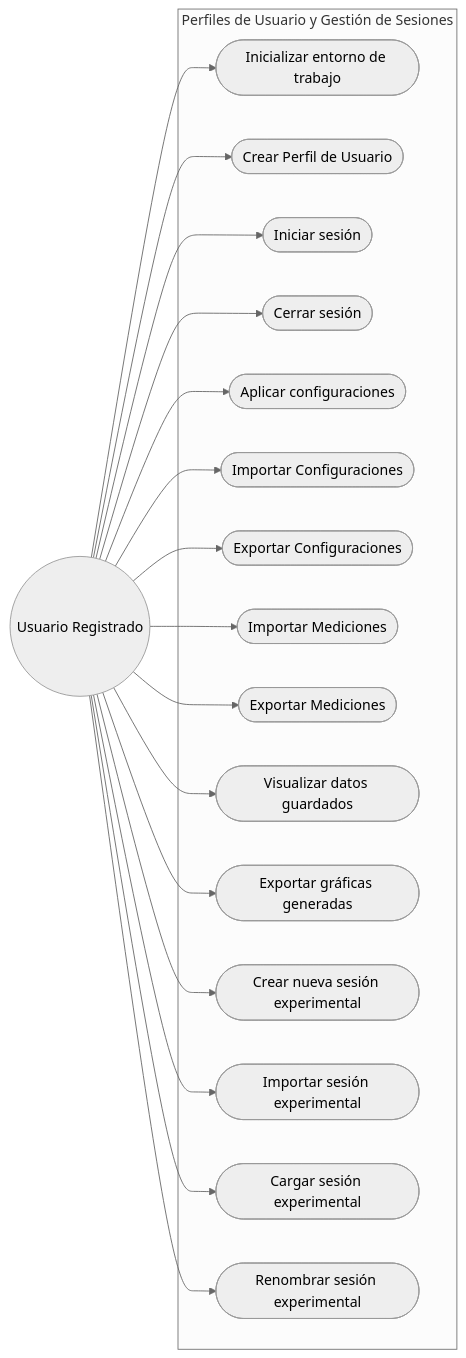
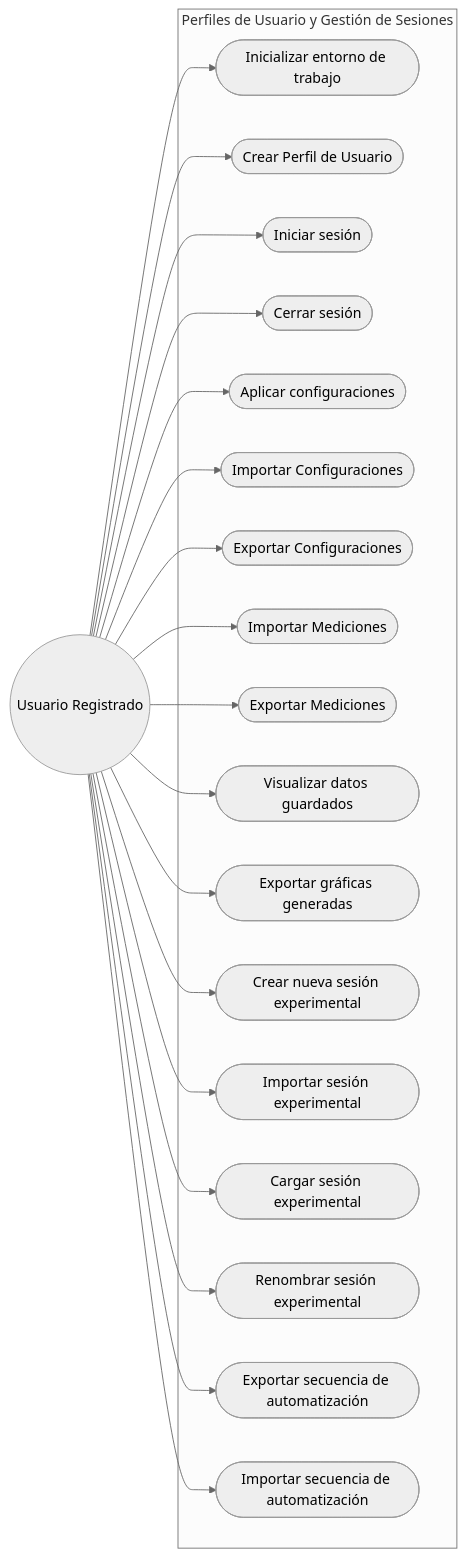
One commit to alegrelias/Repo-GMini changed the fourth of 7 diagrams in Gmini-MarkDown/Diagramas/Diagramas de CU.md. Above: the diagram before and after it, drawn with Mermaid (neutral theme).

Commit message:
Se movio lo mismo en el diagrama

````diff
--- a/Gmini-MarkDown/Diagramas/Diagramas de CU.md
+++ b/Gmini-MarkDown/Diagramas/Diagramas de CU.md
@@ -109,41 +107,45 @@
 ```mermaid
 flowchart LR
 %% Actores
 Usuario((Usuario Registrado))
 
 subgraph Perfiles de Usuario y Gestión de Sesiones
 	CU20([Inicializar entorno de trabajo])
 	CU21([Crear Perfil de Usuario])
 	CU22([Iniciar sesión])
 	CU24([Cerrar sesión])
 	CU26([Aplicar configuraciones])
 	CU29([Importar Configuraciones])
 	CU30([Exportar Configuraciones])
 	CU31([Importar Mediciones])
 	CU32([Exportar Mediciones])
 	CU33([Visualizar datos guardados])
 	CU34([Exportar gráficas generadas])
 	CU_B7([Crear nueva sesión experimental])
 	CU_B8([Importar sesión experimental])
 	CU_B9([Cargar sesión experimental])
 	CU_B10([Renombrar sesión experimental])
+	CU_A2([Exportar secuencia de automatización])
+	CU_A3([Importar secuencia de automatización])
 end
 
 %% Asociaciones
 Usuario --> CU20
 Usuario --> CU21
 Usuario --> CU22
 Usuario --> CU24
 Usuario --> CU26
 Usuario --> CU29
 Usuario --> CU31
 Usuario --> CU30
 Usuario --> CU32
 Usuario --> CU34
 Usuario --> CU33
 Usuario --> CU_B7
 Usuario --> CU_B8
 Usuario --> CU_B9
 Usuario --> CU_B10
+Usuario --> CU_A2
+Usuario --> CU_A3
 
 ```
````
